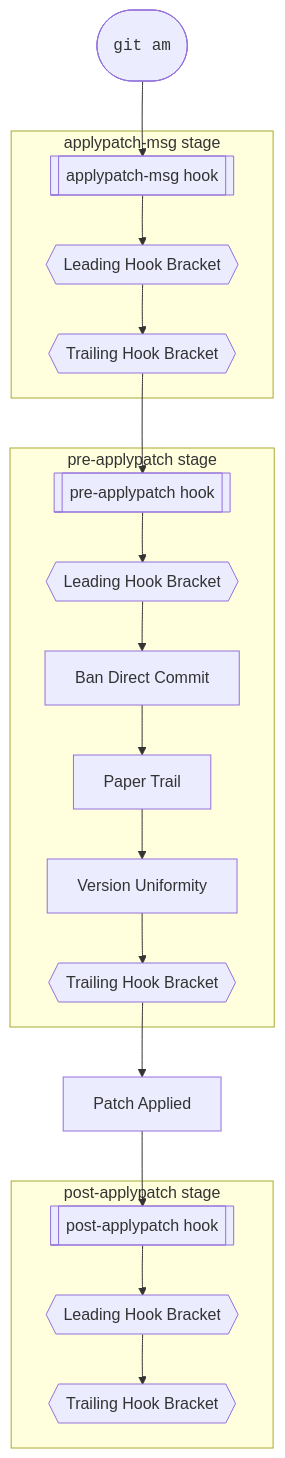
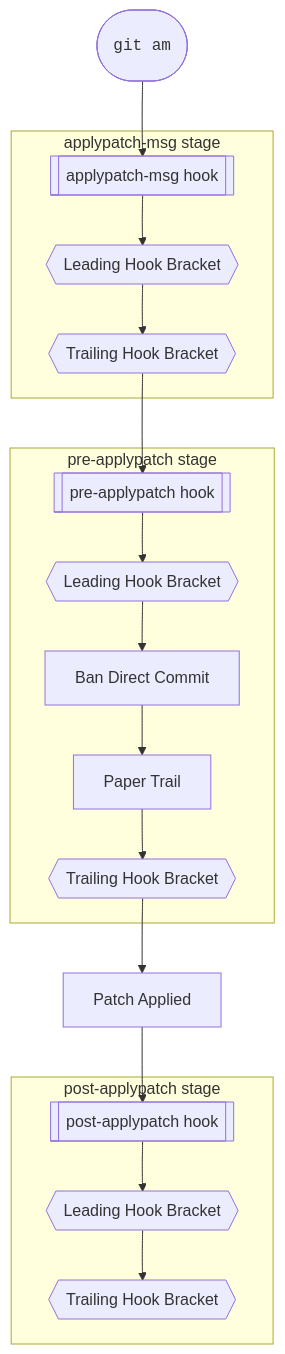
One commit to kami-lel/hupy changed the third of 3 diagrams in docs/chain_doc.md. Above: the diagram before and after it, drawn with Mermaid. The commit also changed other lines of this file and 1 other file, not shown here.

Commit message:
remove Version Uniformity from pre-applypatch hook; sync doc
patch merges skip version-drift check ⇐ patch never a release merge, chain doc & flowchart updated to match hook code

📖`chain_doc.md` clarify post-applypatch hook flow: remove Version Uniformity step
♻️`pre_applypatch.py` remove version uniformity check from pre-applypatch hook

````diff
--- a/docs/chain_doc.md
+++ b/docs/chain_doc.md
@@ -292,28 +292,27 @@
 ```mermaid
 flowchart TD
     A([<pre><code>git am</code></pre>])
 
     subgraph B [applypatch-msg stage]
         amsg[[applypatch-msg hook]] --> lead4{{Leading Hook Bracket}}
         lead4 --> trail4{{Trailing Hook Bracket}}
     end
 
     A --> amsg
 
     subgraph preapplypatch [pre-applypatch stage]
         preap[[pre-applypatch hook]] --> lead5{{Leading Hook Bracket}}
         lead5 --> bdc5[Ban Direct Commit]
         bdc5 --> pt5[Paper Trail]
-        pt5 --> vu5[Version Uniformity]
-        vu5 --> trail5{{Trailing Hook Bracket}}
+        pt5 --> trail5{{Trailing Hook Bracket}}
     end
     trail4 --> preap
 
     trail5 --> applied[Patch Applied]
 
     subgraph postapplypatch [post-applypatch stage]
         postap[[post-applypatch hook]] --> lead6{{Leading Hook Bracket}}
         lead6 --> trail6{{Trailing Hook Bracket}}
     end
     applied --> postap
 ```
````
